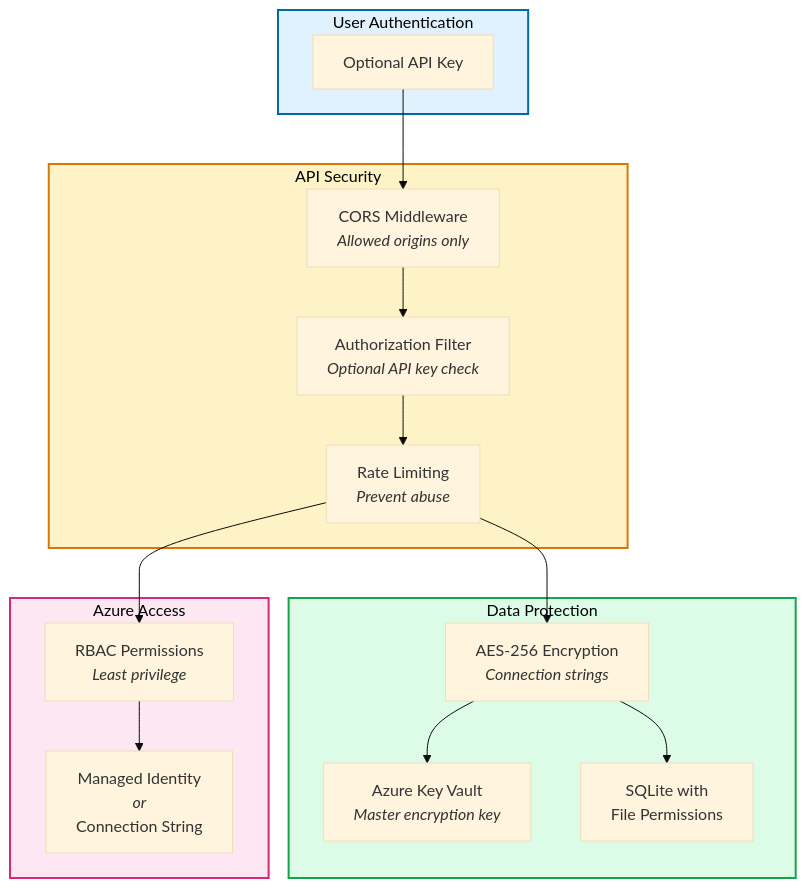
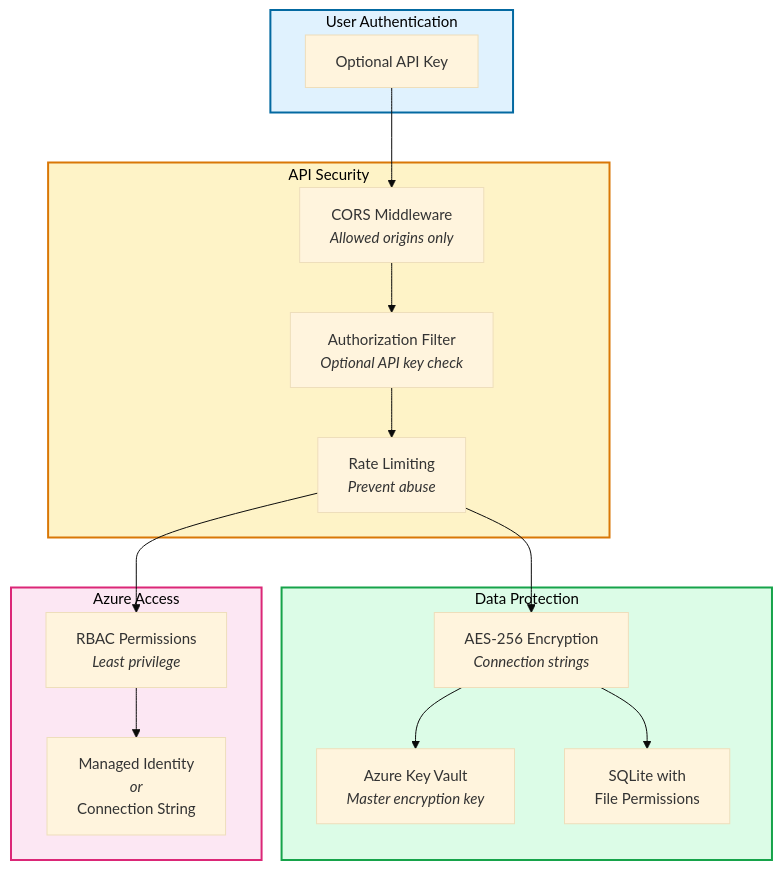
One commit to debdevops/servicehub changed diagram 12 of 12 in docs/COMPREHENSIVE-GUIDE.md. Above: the diagram before and after it, drawn with Mermaid. The commit also changed other lines of this file, not shown here.

````diff
--- a/docs/COMPREHENSIVE-GUIDE.md
+++ b/docs/COMPREHENSIVE-GUIDE.md
@@ -1048,38 +1052,38 @@
 ```mermaid
-%%{init: {'theme':'base', 'themeVariables': { 'fontSize':'16px'}}}%%
+%%{init: {'theme':'base', 'themeVariables': { 'fontSize':'15px'}}}%%
 graph TB
     subgraph User["User Authentication"]
         LOGIN["Optional API Key"]
     end
     
     subgraph API["API Security"]
         CORS["CORS Middleware<br/><i>Allowed origins only</i>"]
         AUTH["Authorization Filter<br/><i>Optional API key check</i>"]
         RATE["Rate Limiting<br/><i>Prevent abuse</i>"]
     end
     
     subgraph Data["Data Protection"]
         ENCRYPT["AES-256 Encryption<br/><i>Connection strings</i>"]
         SECRETS["Azure Key Vault<br/><i>Master encryption key</i>"]
         DB["SQLite with<br/>File Permissions"]
     end
     
     subgraph Azure["Azure Access"]
         RBAC["RBAC Permissions<br/><i>Least privilege</i>"]
         SAS["Managed Identity<br/><i>or</i><br/>Connection String"]
     end
     
     LOGIN --> CORS
     CORS --> AUTH
     AUTH --> RATE
     RATE --> ENCRYPT
     ENCRYPT --> SECRETS
     ENCRYPT --> DB
     RATE --> RBAC
     RBAC --> SAS
     
     style User fill:#e0f2fe,stroke:#0369a1,stroke-width:2px,color:#000
     style API fill:#fef3c7,stroke:#d97706,stroke-width:2px,color:#000
     style Data fill:#dcfce7,stroke:#16a34a,stroke-width:2px,color:#000
     style Azure fill:#fce7f3,stroke:#db2777,stroke-width:2px,color:#000
 ```
````
